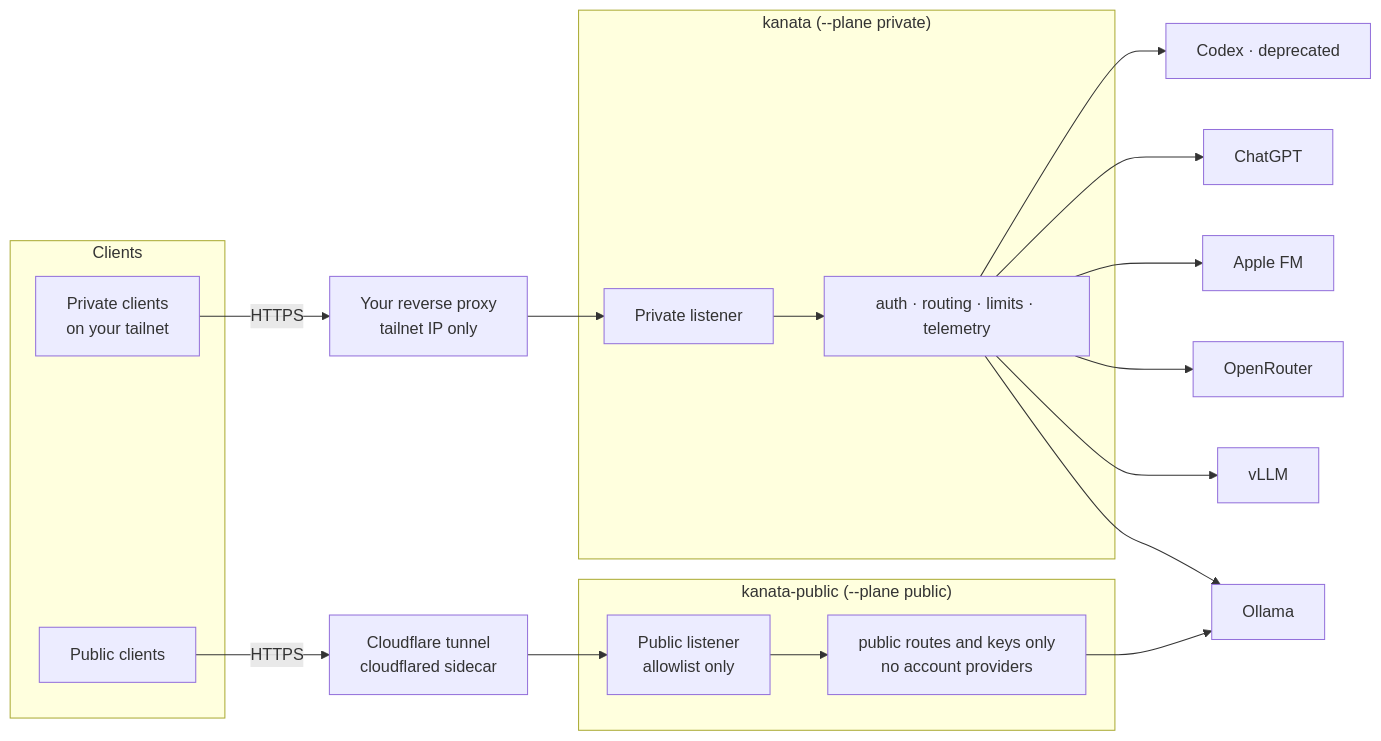
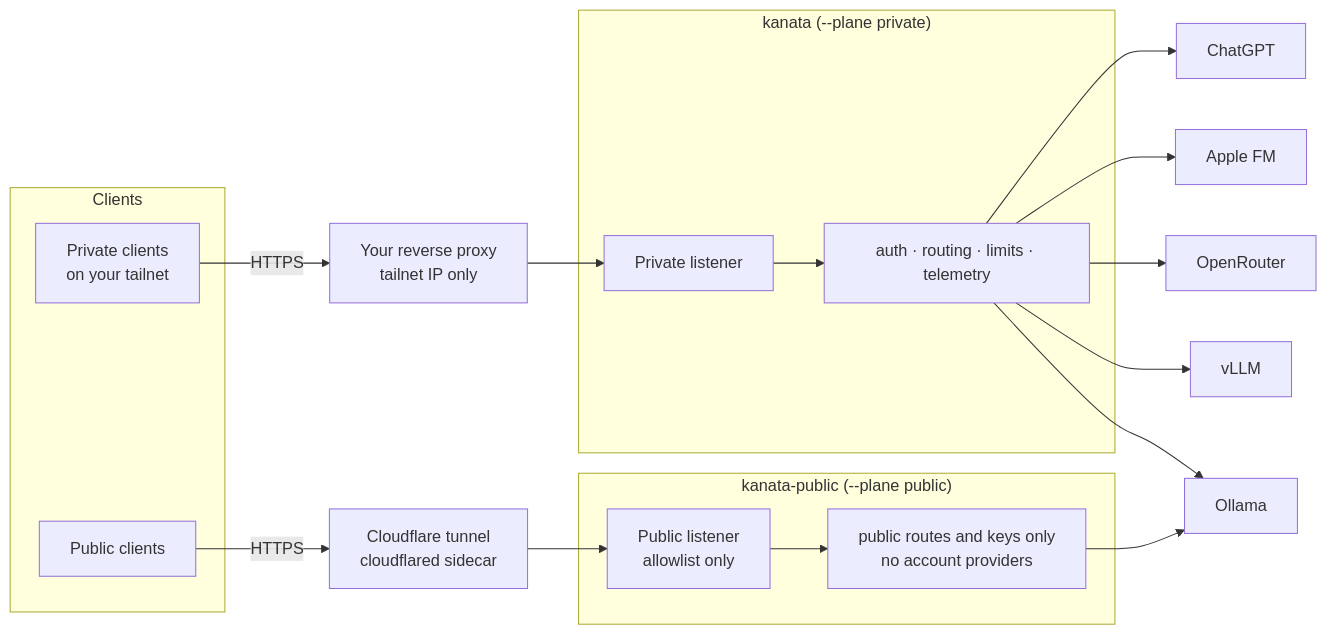
One commit to hoshinoht/kanata changed the diagram in README.md. Above: the diagram before and after it, drawn with Mermaid. The commit also changed other lines of this file and 25 other files, not shown here.

First line of the commit message:
feat(deploy)!: drop Codex deployment pieces and deprecated helper wrappers

````diff
--- a/README.md
+++ b/README.md
@@ -116,28 +115,27 @@
 ```mermaid
 flowchart LR
   subgraph Clients
     P[Private clients<br/>on your tailnet]
     X[Public clients]
   end
   P -->|HTTPS| RP[Your reverse proxy<br/>tailnet IP only]
   X -->|HTTPS| CF[Cloudflare tunnel<br/>cloudflared sidecar]
   RP --> KP
   CF --> KU
   subgraph Private["kanata (--plane private)"]
     KP[Private listener]
     CORE[auth · routing · limits · telemetry]
     KP --> CORE
   end
   subgraph Public["kanata-public (--plane public)"]
     KU[Public listener<br/>allowlist only]
     PCORE[public routes and keys only<br/>no account providers]
     KU --> PCORE
   end
   CORE --> O[Ollama]
   CORE --> V[vLLM]
   CORE --> R[OpenRouter]
   CORE --> A[Apple FM]
   CORE --> G[ChatGPT]
-  CORE --> C[Codex · deprecated]
   PCORE --> O
 ```
````
